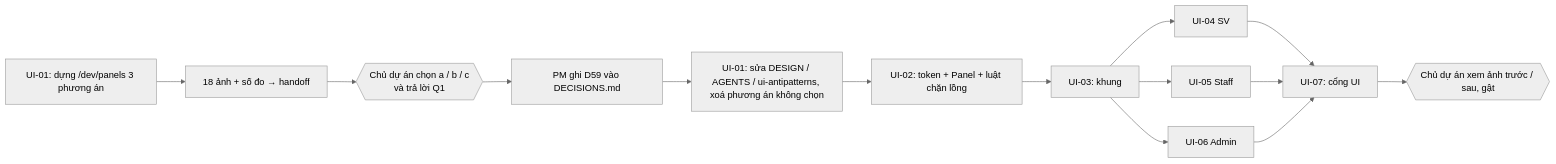
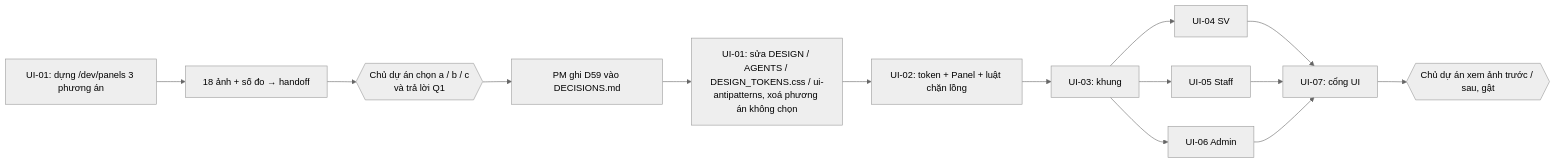
One commit to kagamikuro1024/EduPilot-v2 changed the diagram in docs/specs/FEAT-ui-panels/SRS.md. Above: the diagram before and after it, drawn with Mermaid (neutral theme). The commit also changed other lines of this file and 2 other files, not shown here.

````diff
--- a/docs/specs/FEAT-ui-panels/SRS.md
+++ b/docs/specs/FEAT-ui-panels/SRS.md
@@ -20,16 +23,16 @@
 ```mermaid
 flowchart LR
   A[UI-01: dựng /dev/panels 3 phương án] --> B[18 ảnh + số đo → handoff]
   B --> C{{Chủ dự án chọn a / b / c<br/>và trả lời Q1}}
   C --> D[PM ghi D59 vào DECISIONS.md]
-  D --> E[UI-01: sửa DESIGN / AGENTS / ui-antipatterns, xoá phương án không chọn]
+  D --> E[UI-01: sửa DESIGN / AGENTS / DESIGN_TOKENS.css / ui-antipatterns, xoá phương án không chọn]
   E --> F[UI-02: token + Panel + luật chặn lồng]
   F --> G[UI-03: khung]
   G --> H[UI-04 SV]
   G --> I[UI-05 Staff]
   G --> J[UI-06 Admin]
   H --> K[UI-07: cổng UI]
   I --> K
   J --> K
   K --> L{{Chủ dự án xem ảnh trước / sau, gật}}
 ```
````
